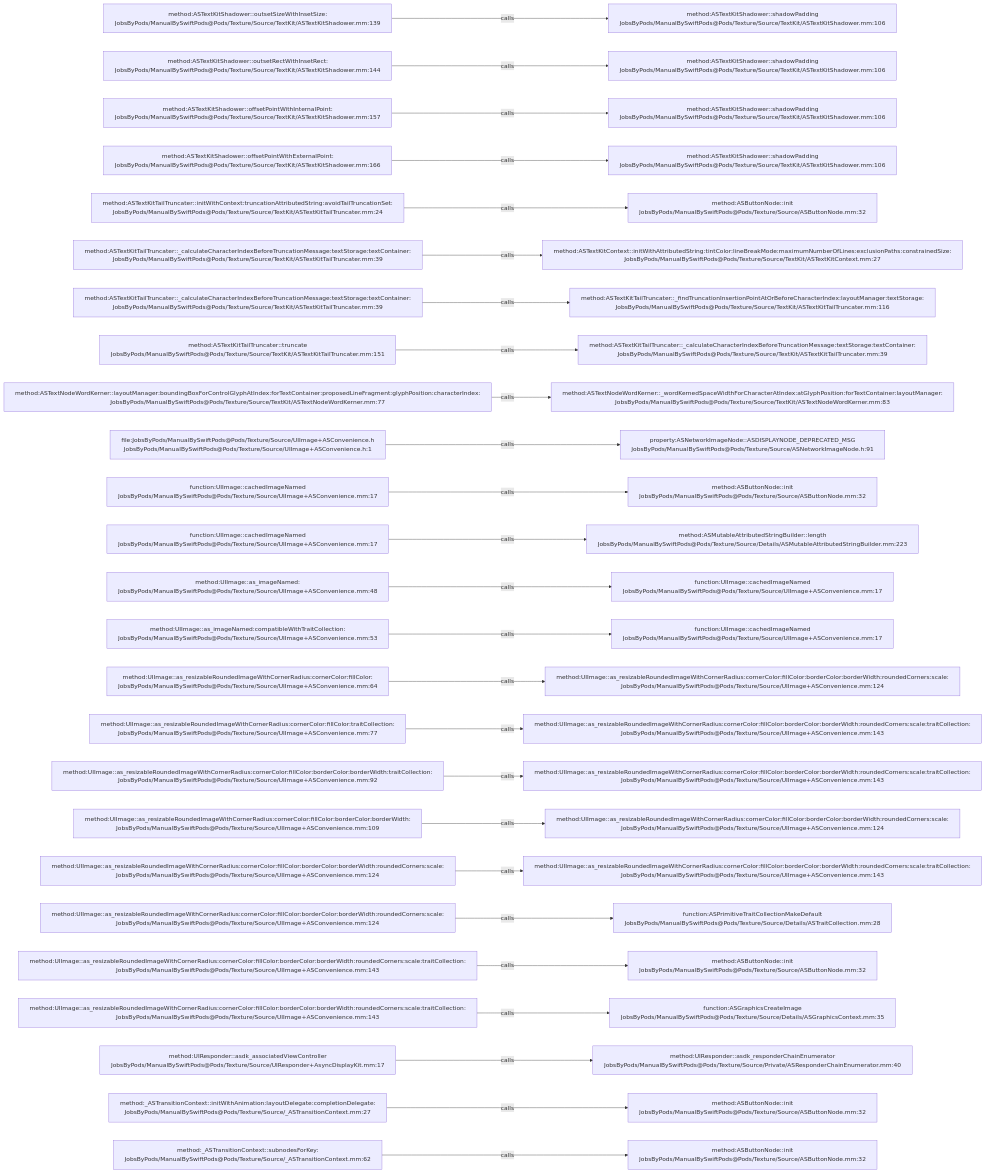
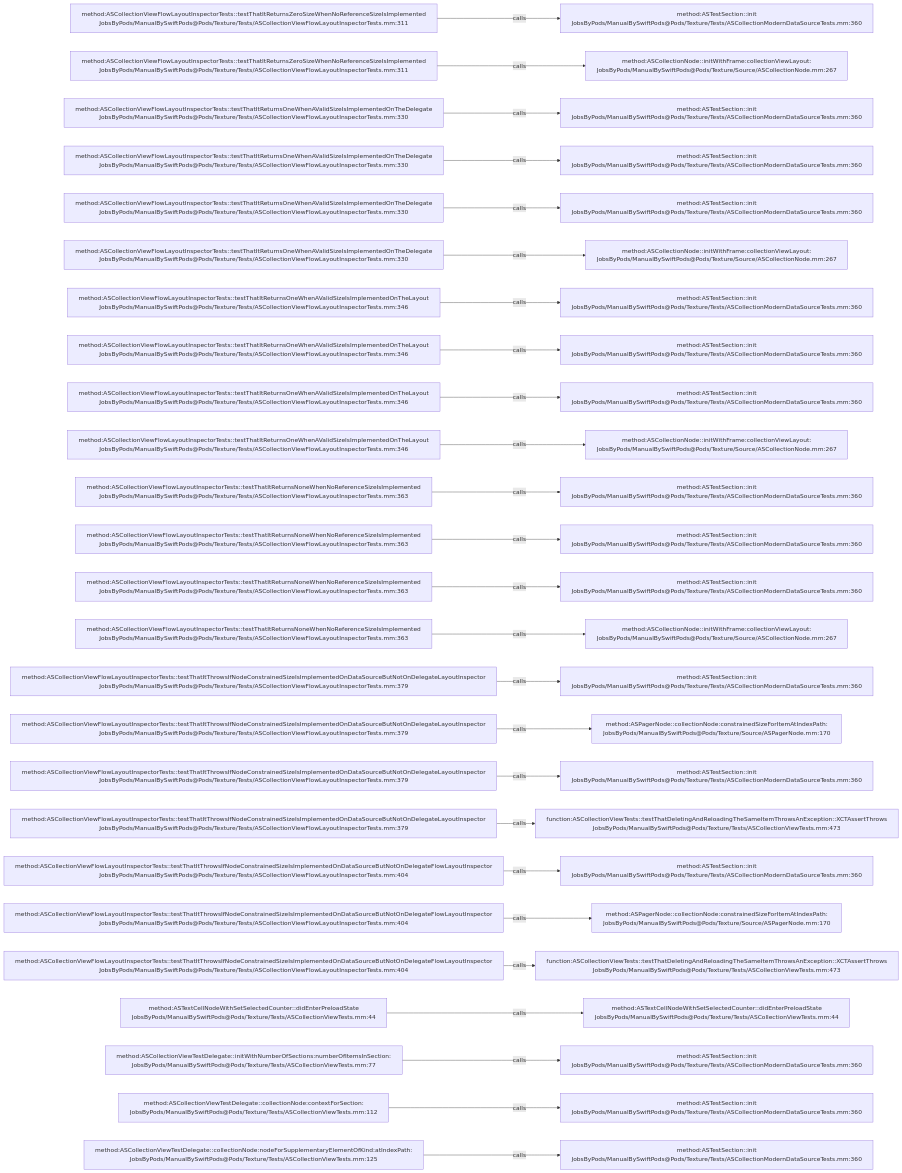
One commit to JobsKits/JobsSwiftBaseConfigDemo changed the diagram in .codegraph/codegraph.md/graphs/calls-170.md. Above: the diagram before and after it, drawn with Mermaid. The commit also changed 832 other files, not shown here.

````diff
--- a/.codegraph/codegraph.md/graphs/calls-170.md
+++ b/.codegraph/codegraph.md/graphs/calls-170.md
@@ -13,78 +13,78 @@
 ```mermaid
 flowchart LR
-  S1["method:ASTextKitShadower::outsetSizeWithInsetSize:<br/>JobsByPods/ManualBySwiftPods@Pods/Texture/Source/TextKit/ASTextKitShadower.mm:139"]
-  T1["method:ASTextKitShadower::shadowPadding<br/>JobsByPods/ManualBySwiftPods@Pods/Texture/Source/TextKit/ASTextKitShadower.mm:106"]
+  S1["method:ASCollectionViewFlowLayoutInspectorTests::testThatItReturnsZeroSizeWhenNoReferenceSizeIsImplemented<br/>JobsByPods/ManualBySwiftPods@Pods/Texture/Tests/ASCollectionViewFlowLayoutInspectorTests.mm:311"]
+  T1["method:ASTestSection::init<br/>JobsByPods/ManualBySwiftPods@Pods/Texture/Tests/ASCollectionModernDataSourceTests.mm:360"]
   S1 -->|calls| T1
-  S2["method:ASTextKitShadower::outsetRectWithInsetRect:<br/>JobsByPods/ManualBySwiftPods@Pods/Texture/Source/TextKit/ASTextKitShadower.mm:144"]
-  T2["method:ASTextKitShadower::shadowPadding<br/>JobsByPods/ManualBySwiftPods@Pods/Texture/Source/TextKit/ASTextKitShadower.mm:106"]
+  S2["method:ASCollectionViewFlowLayoutInspectorTests::testThatItReturnsZeroSizeWhenNoReferenceSizeIsImplemented<br/>JobsByPods/ManualBySwiftPods@Pods/Texture/Tests/ASCollectionViewFlowLayoutInspectorTests.mm:311"]
+  T2["method:ASCollectionNode::initWithFrame:collectionViewLayout:<br/>JobsByPods/ManualBySwiftPods@Pods/Texture/Source/ASCollectionNode.mm:267"]
   S2 -->|calls| T2
-  S3["method:ASTextKitShadower::offsetPointWithInternalPoint:<br/>JobsByPods/ManualBySwiftPods@Pods/Texture/Source/TextKit/ASTextKitShadower.mm:157"]
-  T3["method:ASTextKitShadower::shadowPadding<br/>JobsByPods/ManualBySwiftPods@Pods/Texture/Source/TextKit/ASTextKitShadower.mm:106"]
+  S3["method:ASCollectionViewFlowLayoutInspectorTests::testThatItReturnsOneWhenAValidSizeIsImplementedOnTheDelegate<br/>JobsByPods/ManualBySwiftPods@Pods/Texture/Tests/ASCollectionViewFlowLayoutInspectorTests.mm:330"]
+  T3["method:ASTestSection::init<br/>JobsByPods/ManualBySwiftPods@Pods/Texture/Tests/ASCollectionModernDataSourceTests.mm:360"]
   S3 -->|calls| T3
-  S4["method:ASTextKitShadower::offsetPointWithExternalPoint:<br/>JobsByPods/ManualBySwiftPods@Pods/Texture/Source/TextKit/ASTextKitShadower.mm:166"]
-  T4["method:ASTextKitShadower::shadowPadding<br/>JobsByPods/ManualBySwiftPods@Pods/Texture/Source/TextKit/ASTextKitShadower.mm:106"]
+  S4["method:ASCollectionViewFlowLayoutInspectorTests::testThatItReturnsOneWhenAValidSizeIsImplementedOnTheDelegate<br/>JobsByPods/ManualBySwiftPods@Pods/Texture/Tests/ASCollectionViewFlowLayoutInspectorTests.mm:330"]
+  T4["method:ASTestSection::init<br/>JobsByPods/ManualBySwiftPods@Pods/Texture/Tests/ASCollectionModernDataSourceTests.mm:360"]
   S4 -->|calls| T4
-  S5["method:ASTextKitTailTruncater::initWithContext:truncationAttributedString:avoidTailTruncationSet:<br/>JobsByPods/ManualBySwiftPods@Pods/Texture/Source/TextKit/ASTextKitTailTruncater.mm:24"]
-  T5["method:ASButtonNode::init<br/>JobsByPods/ManualBySwiftPods@Pods/Texture/Source/ASButtonNode.mm:32"]
+  S5["method:ASCollectionViewFlowLayoutInspectorTests::testThatItReturnsOneWhenAValidSizeIsImplementedOnTheDelegate<br/>JobsByPods/ManualBySwiftPods@Pods/Texture/Tests/ASCollectionViewFlowLayoutInspectorTests.mm:330"]
+  T5["method:ASTestSection::init<br/>JobsByPods/ManualBySwiftPods@Pods/Texture/Tests/ASCollectionModernDataSourceTests.mm:360"]
   S5 -->|calls| T5
-  S6["method:ASTextKitTailTruncater::_calculateCharacterIndexBeforeTruncationMessage:textStorage:textContainer:<br/>JobsByPods/ManualBySwiftPods@Pods/Texture/Source/TextKit/ASTextKitTailTruncater.mm:39"]
-  T6["method:ASTextKitContext::initWithAttributedString:tintColor:lineBreakMode:maximumNumberOfLines:exclusionPaths:constrainedSize:<br/>JobsByPods/ManualBySwiftPods@Pods/Texture/Source/TextKit/ASTextKitContext.mm:27"]
+  S6["method:ASCollectionViewFlowLayoutInspectorTests::testThatItReturnsOneWhenAValidSizeIsImplementedOnTheDelegate<br/>JobsByPods/ManualBySwiftPods@Pods/Texture/Tests/ASCollectionViewFlowLayoutInspectorTests.mm:330"]
+  T6["method:ASCollectionNode::initWithFrame:collectionViewLayout:<br/>JobsByPods/ManualBySwiftPods@Pods/Texture/Source/ASCollectionNode.mm:267"]
   S6 -->|calls| T6
-  S7["method:ASTextKitTailTruncater::_calculateCharacterIndexBeforeTruncationMessage:textStorage:textContainer:<br/>JobsByPods/ManualBySwiftPods@Pods/Texture/Source/TextKit/ASTextKitTailTruncater.mm:39"]
-  T7["method:ASTextKitTailTruncater::_findTruncationInsertionPointAtOrBeforeCharacterIndex:layoutManager:textStorage:<br/>JobsByPods/ManualBySwiftPods@Pods/Texture/Source/TextKit/ASTextKitTailTruncater.mm:116"]
+  S7["method:ASCollectionViewFlowLayoutInspectorTests::testThatItReturnsOneWhenAValidSizeIsImplementedOnTheLayout<br/>JobsByPods/ManualBySwiftPods@Pods/Texture/Tests/ASCollectionViewFlowLayoutInspectorTests.mm:346"]
+  T7["method:ASTestSection::init<br/>JobsByPods/ManualBySwiftPods@Pods/Texture/Tests/ASCollectionModernDataSourceTests.mm:360"]
   S7 -->|calls| T7
-  S8["method:ASTextKitTailTruncater::truncate<br/>JobsByPods/ManualBySwiftPods@Pods/Texture/Source/TextKit/ASTextKitTailTruncater.mm:151"]
-  T8["method:ASTextKitTailTruncater::_calculateCharacterIndexBeforeTruncationMessage:textStorage:textContainer:<br/>JobsByPods/ManualBySwiftPods@Pods/Texture/Source/TextKit/ASTextKitTailTruncater.mm:39"]
+  S8["method:ASCollectionViewFlowLayoutInspectorTests::testThatItReturnsOneWhenAValidSizeIsImplementedOnTheLayout<br/>JobsByPods/ManualBySwiftPods@Pods/Texture/Tests/ASCollectionViewFlowLayoutInspectorTests.mm:346"]
+  T8["method:ASTestSection::init<br/>JobsByPods/ManualBySwiftPods@Pods/Texture/Tests/ASCollectionModernDataSourceTests.mm:360"]
   S8 -->|calls| T8
-  S9["method:ASTextNodeWordKerner::layoutManager:boundingBoxForControlGlyphAtIndex:forTextContainer:proposedLineFragment:glyphPosition:characterIndex:<br/>JobsByPods/ManualBySwiftPods@Pods/Texture/Source/TextKit/ASTextNodeWordKerner.mm:77"]
-  T9["method:ASTextNodeWordKerner::_wordKernedSpaceWidthForCharacterAtIndex:atGlyphPosition:forTextContainer:layoutManager:<br/>JobsByPods/ManualBySwiftPods@Pods/Texture/Source/TextKit/ASTextNodeWordKerner.mm:83"]
+  S9["method:ASCollectionViewFlowLayoutInspectorTests::testThatItReturnsOneWhenAValidSizeIsImplementedOnTheLayout<br/>JobsByPods/ManualBySwiftPods@Pods/Texture/Tests/ASCollectionViewFlowLayoutInspectorTests.mm:346"]
+  T9["method:ASTestSection::init<br/>JobsByPods/ManualBySwiftPods@Pods/Texture/Tests/ASCollectionModernDataSourceTests.mm:360"]
   S9 -->|calls| T9
-  S10["file:JobsByPods/ManualBySwiftPods@Pods/Texture/Source/UIImage+ASConvenience.h<br/>JobsByPods/ManualBySwiftPods@Pods/Texture/Source/UIImage+ASConvenience.h:1"]
-  T10["property:ASNetworkImageNode::ASDISPLAYNODE_DEPRECATED_MSG<br/>JobsByPods/ManualBySwiftPods@Pods/Texture/Source/ASNetworkImageNode.h:91"]
+  S10["method:ASCollectionViewFlowLayoutInspectorTests::testThatItReturnsOneWhenAValidSizeIsImplementedOnTheLayout<br/>JobsByPods/ManualBySwiftPods@Pods/Texture/Tests/ASCollectionViewFlowLayoutInspectorTests.mm:346"]
+  T10["method:ASCollectionNode::initWithFrame:collectionViewLayout:<br/>JobsByPods/ManualBySwiftPods@Pods/Texture/Source/ASCollectionNode.mm:267"]
   S10 -->|calls| T10
-  S11["function:UIImage::cachedImageNamed<br/>JobsByPods/ManualBySwiftPods@Pods/Texture/Source/UIImage+ASConvenience.mm:17"]
-  T11["method:ASButtonNode::init<br/>JobsByPods/ManualBySwiftPods@Pods/Texture/Source/ASButtonNode.mm:32"]
+  S11["method:ASCollectionViewFlowLayoutInspectorTests::testThatItReturnsNoneWhenNoReferenceSizeIsImplemented<br/>JobsByPods/ManualBySwiftPods@Pods/Texture/Tests/ASCollectionViewFlowLayoutInspectorTests.mm:363"]
+  T11["method:ASTestSection::init<br/>JobsByPods/ManualBySwiftPods@Pods/Texture/Tests/ASCollectionModernDataSourceTests.mm:360"]
   S11 -->|calls| T11
-  S12["function:UIImage::cachedImageNamed<br/>JobsByPods/ManualBySwiftPods@Pods/Texture/Source/UIImage+ASConvenience.mm:17"]
-  T12["method:ASMutableAttributedStringBuilder::length<br/>JobsByPods/ManualBySwiftPods@Pods/Texture/Source/Details/ASMutableAttributedStringBuilder.mm:223"]
+  S12["method:ASCollectionViewFlowLayoutInspectorTests::testThatItReturnsNoneWhenNoReferenceSizeIsImplemented<br/>JobsByPods/ManualBySwiftPods@Pods/Texture/Tests/ASCollectionViewFlowLayoutInspectorTests.mm:363"]
+  T12["method:ASTestSection::init<br/>JobsByPods/ManualBySwiftPods@Pods/Texture/Tests/ASCollectionModernDataSourceTests.mm:360"]
   S12 -->|calls| T12
-  S13["method:UIImage::as_imageNamed:<br/>JobsByPods/ManualBySwiftPods@Pods/Texture/Source/UIImage+ASConvenience.mm:48"]
-  T13["function:UIImage::cachedImageNamed<br/>JobsByPods/ManualBySwiftPods@Pods/Texture/Source/UIImage+ASConvenience.mm:17"]
+  S13["method:ASCollectionViewFlowLayoutInspectorTests::testThatItReturnsNoneWhenNoReferenceSizeIsImplemented<br/>JobsByPods/ManualBySwiftPods@Pods/Texture/Tests/ASCollectionViewFlowLayoutInspectorTests.mm:363"]
+  T13["method:ASTestSection::init<br/>JobsByPods/ManualBySwiftPods@Pods/Texture/Tests/ASCollectionModernDataSourceTests.mm:360"]
   S13 -->|calls| T13
-  S14["method:UIImage::as_imageNamed:compatibleWithTraitCollection:<br/>JobsByPods/ManualBySwiftPods@Pods/Texture/Source/UIImage+ASConvenience.mm:53"]
-  T14["function:UIImage::cachedImageNamed<br/>JobsByPods/ManualBySwiftPods@Pods/Texture/Source/UIImage+ASConvenience.mm:17"]
+  S14["method:ASCollectionViewFlowLayoutInspectorTests::testThatItReturnsNoneWhenNoReferenceSizeIsImplemented<br/>JobsByPods/ManualBySwiftPods@Pods/Texture/Tests/ASCollectionViewFlowLayoutInspectorTests.mm:363"]
+  T14["method:ASCollectionNode::initWithFrame:collectionViewLayout:<br/>JobsByPods/ManualBySwiftPods@Pods/Texture/Source/ASCollectionNode.mm:267"]
   S14 -->|calls| T14
-  S15["method:UIImage::as_resizableRoundedImageWithCornerRadius:cornerColor:fillColor:<br/>JobsByPods/ManualBySwiftPods@Pods/Texture/Source/UIImage+ASConvenience.mm:64"]
-  T15["method:UIImage::as_resizableRoundedImageWithCornerRadius:cornerColor:fillColor:borderColor:borderWidth:roundedCorners:scale:<br/>JobsByPods/ManualBySwiftPods@Pods/Texture/Source/UIImage+ASConvenience.mm:124"]
+  S15["method:ASCollectionViewFlowLayoutInspectorTests::testThatItThrowsIfNodeConstrainedSizeIsImplementedOnDataSourceButNotOnDelegateLayoutInspector<br/>JobsByPods/ManualBySwiftPods@Pods/Texture/Tests/ASCollectionViewFlowLayoutInspectorTests.mm:379"]
+  T15["method:ASTestSection::init<br/>JobsByPods/ManualBySwiftPods@Pods/Texture/Tests/ASCollectionModernDataSourceTests.mm:360"]
   S15 -->|calls| T15
-  S16["method:UIImage::as_resizableRoundedImageWithCornerRadius:cornerColor:fillColor:traitCollection:<br/>JobsByPods/ManualBySwiftPods@Pods/Texture/Source/UIImage+ASConvenience.mm:77"]
-  T16["method:UIImage::as_resizableRoundedImageWithCornerRadius:cornerColor:fillColor:borderColor:borderWidth:roundedCorners:scale:traitCollection:<br/>JobsByPods/ManualBySwiftPods@Pods/Texture/Source/UIImage+ASConvenience.mm:143"]
+  S16["method:ASCollectionViewFlowLayoutInspectorTests::testThatItThrowsIfNodeConstrainedSizeIsImplementedOnDataSourceButNotOnDelegateLayoutInspector<br/>JobsByPods/ManualBySwiftPods@Pods/Texture/Tests/ASCollectionViewFlowLayoutInspectorTests.mm:379"]
+  T16["method:ASPagerNode::collectionNode:constrainedSizeForItemAtIndexPath:<br/>JobsByPods/ManualBySwiftPods@Pods/Texture/Source/ASPagerNode.mm:170"]
   S16 -->|calls| T16
-  S17["method:UIImage::as_resizableRoundedImageWithCornerRadius:cornerColor:fillColor:borderColor:borderWidth:traitCollection:<br/>JobsByPods/ManualBySwiftPods@Pods/Texture/Source/UIImage+ASConvenience.mm:92"]
-  T17["method:UIImage::as_resizableRoundedImageWithCornerRadius:cornerColor:fillColor:borderColor:borderWidth:roundedCorners:scale:traitCollection:<br/>JobsByPods/ManualBySwiftPods@Pods/Texture/Source/UIImage+ASConvenience.mm:143"]
+  S17["method:ASCollectionViewFlowLayoutInspectorTests::testThatItThrowsIfNodeConstrainedSizeIsImplementedOnDataSourceButNotOnDelegateLayoutInspector<br/>JobsByPods/ManualBySwiftPods@Pods/Texture/Tests/ASCollectionViewFlowLayoutInspectorTests.mm:379"]
+  T17["method:ASTestSection::init<br/>JobsByPods/ManualBySwiftPods@Pods/Texture/Tests/ASCollectionModernDataSourceTests.mm:360"]
   S17 -->|calls| T17
-  S18["method:UIImage::as_resizableRoundedImageWithCornerRadius:cornerColor:fillColor:borderColor:borderWidth:<br/>JobsByPods/ManualBySwiftPods@Pods/Texture/Source/UIImage+ASConvenience.mm:109"]
-  T18["method:UIImage::as_resizableRoundedImageWithCornerRadius:cornerColor:fillColor:borderColor:borderWidth:roundedCorners:scale:<br/>JobsByPods/ManualBySwiftPods@Pods/Texture/Source/UIImage+ASConvenience.mm:124"]
+  S18["method:ASCollectionViewFlowLayoutInspectorTests::testThatItThrowsIfNodeConstrainedSizeIsImplementedOnDataSourceButNotOnDelegateLayoutInspector<br/>JobsByPods/ManualBySwiftPods@Pods/Texture/Tests/ASCollectionViewFlowLayoutInspectorTests.mm:379"]
+  T18["function:ASCollectionViewTests::testThatDeletingAndReloadingTheSameItemThrowsAnException::XCTAssertThrows<br/>JobsByPods/ManualBySwiftPods@Pods/Texture/Tests/ASCollectionViewTests.mm:473"]
   S18 -->|calls| T18
-  S19["method:UIImage::as_resizableRoundedImageWithCornerRadius:cornerColor:fillColor:borderColor:borderWidth:roundedCorners:scale:<br/>JobsByPods/ManualBySwiftPods@Pods/Texture/Source/UIImage+ASConvenience.mm:124"]
-  T19["method:UIImage::as_resizableRoundedImageWithCornerRadius:cornerColor:fillColor:borderColor:borderWidth:roundedCorners:scale:traitCollection:<br/>JobsByPods/ManualBySwiftPods@Pods/Texture/Source/UIImage+ASConvenience.mm:143"]
+  S19["method:ASCollectionViewFlowLayoutInspectorTests::testThatItThrowsIfNodeConstrainedSizeIsImplementedOnDataSourceButNotOnDelegateFlowLayoutInspector<br/>JobsByPods/ManualBySwiftPods@Pods/Texture/Tests/ASCollectionViewFlowLayoutInspectorTests.mm:404"]
+  T19["method:ASTestSection::init<br/>JobsByPods/ManualBySwiftPods@Pods/Texture/Tests/ASCollectionModernDataSourceTests.mm:360"]
   S19 -->|calls| T19
-  S20["method:UIImage::as_resizableRoundedImageWithCornerRadius:cornerColor:fillColor:borderColor:borderWidth:roundedCorners:scale:<br/>JobsByPods/ManualBySwiftPods@Pods/Texture/Source/UIImage+ASConvenience.mm:124"]
-  T20["function:ASPrimitiveTraitCollectionMakeDefault<br/>JobsByPods/ManualBySwiftPods@Pods/Texture/Source/Details/ASTraitCollection.mm:28"]
+  S20["method:ASCollectionViewFlowLayoutInspectorTests::testThatItThrowsIfNodeConstrainedSizeIsImplementedOnDataSourceButNotOnDelegateFlowLayoutInspector<br/>JobsByPods/ManualBySwiftPods@Pods/Texture/Tests/ASCollectionViewFlowLayoutInspectorTests.mm:404"]
+  T20["method:ASPagerNode::collectionNode:constrainedSizeForItemAtIndexPath:<br/>JobsByPods/ManualBySwiftPods@Pods/Texture/Source/ASPagerNode.mm:170"]
   S20 -->|calls| T20
-  S21["method:UIImage::as_resizableRoundedImageWithCornerRadius:cornerColor:fillColor:borderColor:borderWidth:roundedCorners:scale:traitCollection:<br/>JobsByPods/ManualBySwiftPods@Pods/Texture/Source/UIImage+ASConvenience.mm:143"]
-  T21["method:ASButtonNode::init<br/>JobsByPods/ManualBySwiftPods@Pods/Texture/Source/ASButtonNode.mm:32"]
+  S21["method:ASCollectionViewFlowLayoutInspectorTests::testThatItThrowsIfNodeConstrainedSizeIsImplementedOnDataSourceButNotOnDelegateFlowLayoutInspector<br/>JobsByPods/ManualBySwiftPods@Pods/Texture/Tests/ASCollectionViewFlowLayoutInspectorTests.mm:404"]
+  T21["function:ASCollectionViewTests::testThatDeletingAndReloadingTheSameItemThrowsAnException::XCTAssertThrows<br/>JobsByPods/ManualBySwiftPods@Pods/Texture/Tests/ASCollectionViewTests.mm:473"]
   S21 -->|calls| T21
-  S22["method:UIImage::as_resizableRoundedImageWithCornerRadius:cornerColor:fillColor:borderColor:borderWidth:roundedCorners:scale:traitCollection:<br/>JobsByPods/ManualBySwiftPods@Pods/Texture/Source/UIImage+ASConvenience.mm:143"]
-  T22["function:ASGraphicsCreateImage<br/>JobsByPods/ManualBySwiftPods@Pods/Texture/Source/Details/ASGraphicsContext.mm:35"]
+  S22["method:ASTextCellNodeWithSetSelectedCounter::didEnterPreloadState<br/>JobsByPods/ManualBySwiftPods@Pods/Texture/Tests/ASCollectionViewTests.mm:44"]
+  T22["method:ASTextCellNodeWithSetSelectedCounter::didEnterPreloadState<br/>JobsByPods/ManualBySwiftPods@Pods/Texture/Tests/ASCollectionViewTests.mm:44"]
   S22 -->|calls| T22
-  S23["method:UIResponder::asdk_associatedViewController<br/>JobsByPods/ManualBySwiftPods@Pods/Texture/Source/UIResponder+AsyncDisplayKit.mm:17"]
-  T23["method:UIResponder::asdk_responderChainEnumerator<br/>JobsByPods/ManualBySwiftPods@Pods/Texture/Source/Private/ASResponderChainEnumerator.mm:40"]
+  S23["method:ASCollectionViewTestDelegate::initWithNumberOfSections:numberOfItemsInSection:<br/>JobsByPods/ManualBySwiftPods@Pods/Texture/Tests/ASCollectionViewTests.mm:77"]
+  T23["method:ASTestSection::init<br/>JobsByPods/ManualBySwiftPods@Pods/Texture/Tests/ASCollectionModernDataSourceTests.mm:360"]
   S23 -->|calls| T23
-  S24["method:_ASTransitionContext::initWithAnimation:layoutDelegate:completionDelegate:<br/>JobsByPods/ManualBySwiftPods@Pods/Texture/Source/_ASTransitionContext.mm:27"]
-  T24["method:ASButtonNode::init<br/>JobsByPods/ManualBySwiftPods@Pods/Texture/Source/ASButtonNode.mm:32"]
+  S24["method:ASCollectionViewTestDelegate::collectionNode:contextForSection:<br/>JobsByPods/ManualBySwiftPods@Pods/Texture/Tests/ASCollectionViewTests.mm:112"]
+  T24["method:ASTestSection::init<br/>JobsByPods/ManualBySwiftPods@Pods/Texture/Tests/ASCollectionModernDataSourceTests.mm:360"]
   S24 -->|calls| T24
-  S25["method:_ASTransitionContext::subnodesForKey:<br/>JobsByPods/ManualBySwiftPods@Pods/Texture/Source/_ASTransitionContext.mm:62"]
-  T25["method:ASButtonNode::init<br/>JobsByPods/ManualBySwiftPods@Pods/Texture/Source/ASButtonNode.mm:32"]
+  S25["method:ASCollectionViewTestDelegate::collectionNode:nodeForSupplementaryElementOfKind:atIndexPath:<br/>JobsByPods/ManualBySwiftPods@Pods/Texture/Tests/ASCollectionViewTests.mm:125"]
+  T25["method:ASTestSection::init<br/>JobsByPods/ManualBySwiftPods@Pods/Texture/Tests/ASCollectionModernDataSourceTests.mm:360"]
   S25 -->|calls| T25
 ```
````
